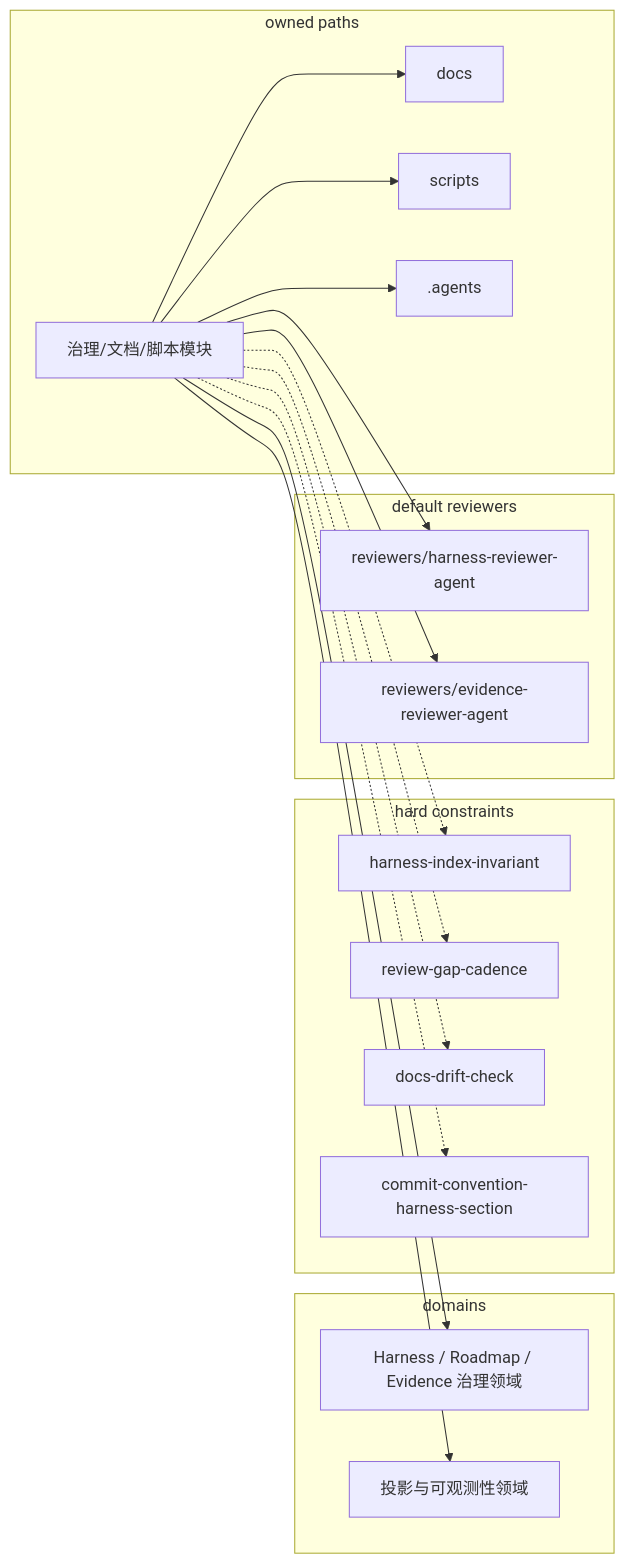
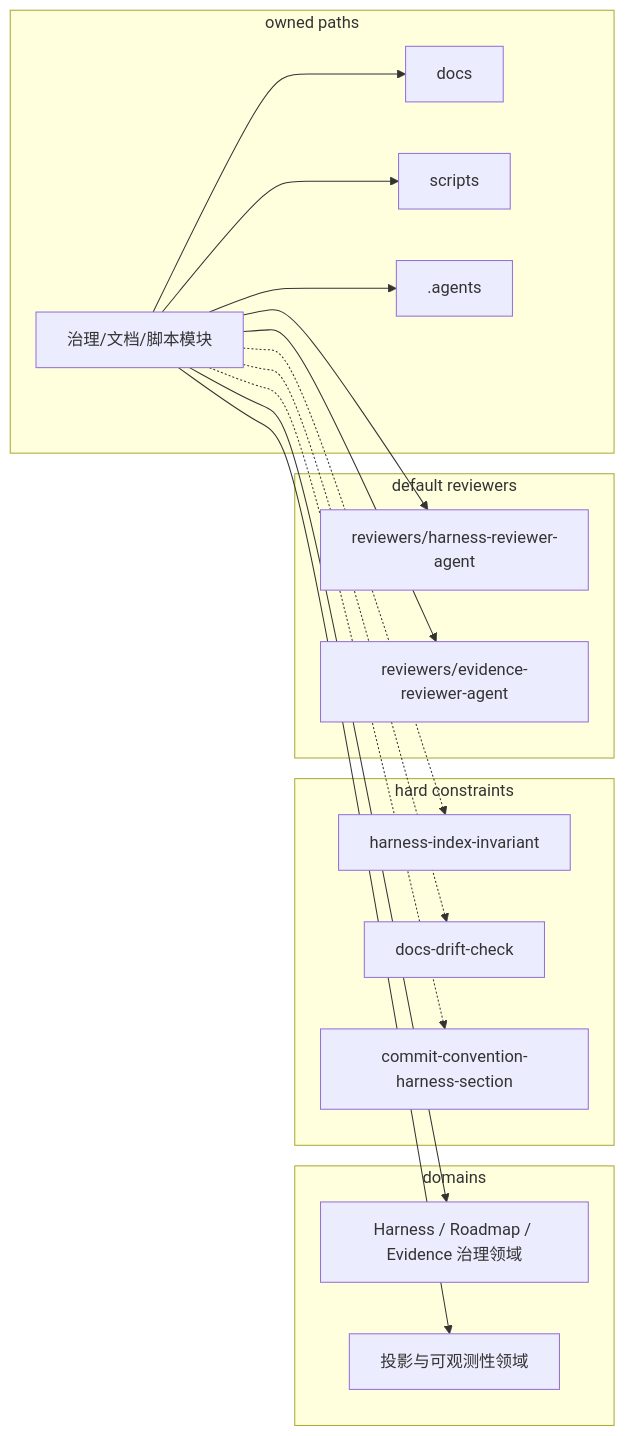
Before and after one commit to zxs1633079383/helix: the diagram in .agents/diagrams/modules/governance.mmd, drawn with Mermaid. The commit also changed 28 other files, not shown here.

```diff
--- a/.agents/diagrams/modules/governance.mmd
+++ b/.agents/diagrams/modules/governance.mmd
@@ -1,32 +1,30 @@
 flowchart LR
   M["治理/文档/脚本模块"]
   subgraph Paths["owned paths"]
     P0["docs"]
     M --> P0
     P1["scripts"]
     M --> P1
     P2[".agents"]
     M --> P2
   end
   subgraph Domains["domains"]
     D0["Harness / Roadmap / Evidence 治理领域"]
     M --> D0
     D1["投影与可观测性领域"]
     M --> D1
   end
   subgraph Constraints["hard constraints"]
     C0["harness-index-invariant"]
     M -.-> C0
-    C1["review-gap-cadence"]
+    C1["docs-drift-check"]
     M -.-> C1
-    C2["docs-drift-check"]
+    C2["commit-convention-harness-section"]
     M -.-> C2
-    C3["commit-convention-harness-section"]
-    M -.-> C3
   end
   subgraph Review["default reviewers"]
     R0["reviewers/harness-reviewer-agent"]
     M --> R0
     R1["reviewers/evidence-reviewer-agent"]
     M --> R1
   end
```
